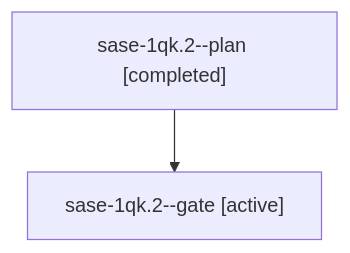
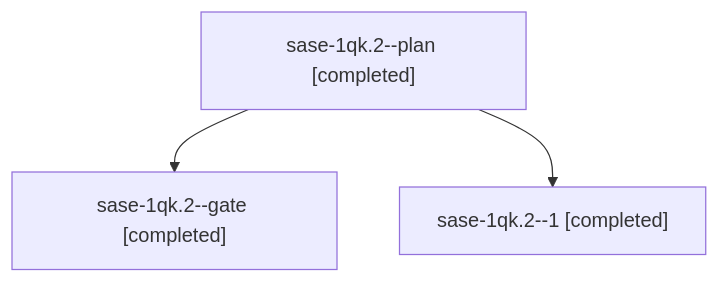
Before and after one commit to sase-org/sase--agents: the diagram in sessions/bbugyi200.athena.sase-1qk.2.md, drawn with Mermaid. The commit also changed other lines of this file and 61 other files, not shown here.

````diff
--- a/sessions/bbugyi200.athena.sase-1qk.2.md
+++ b/sessions/bbugyi200.athena.sase-1qk.2.md
@@ -9,6 +9,8 @@
 ```mermaid
 flowchart TD
   n0["sase-1qk.2--plan [completed]"]
-  n1["sase-1qk.2--gate [active]"]
+  n1["sase-1qk.2--gate [completed]"]
   n0 --> n1
+  n2["sase-1qk.2--1 [completed]"]
+  n0 --> n2
 ```
````
